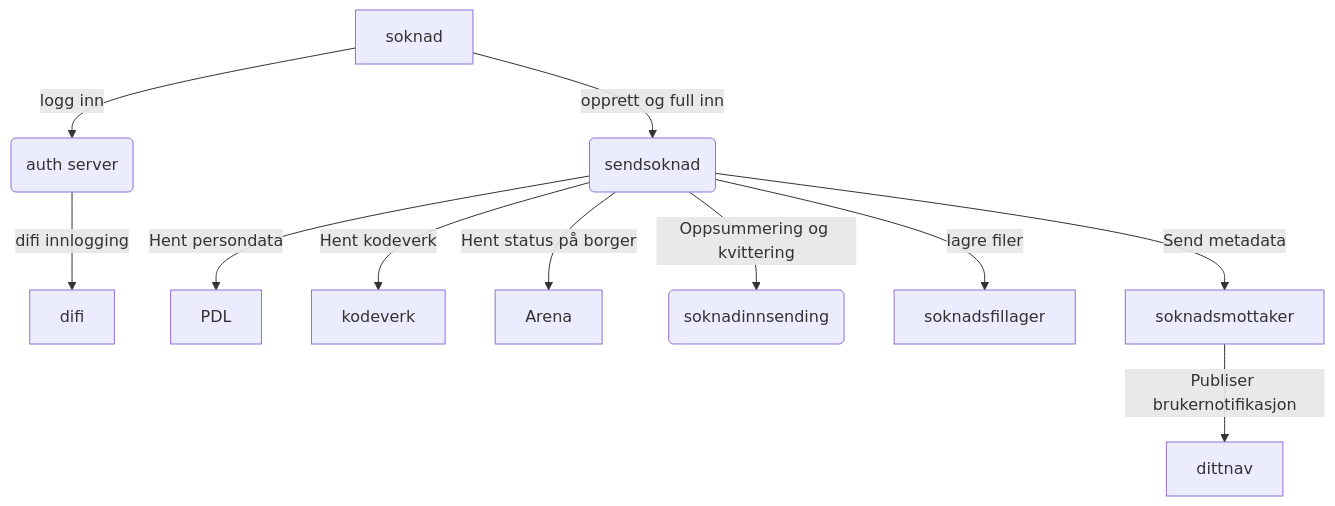
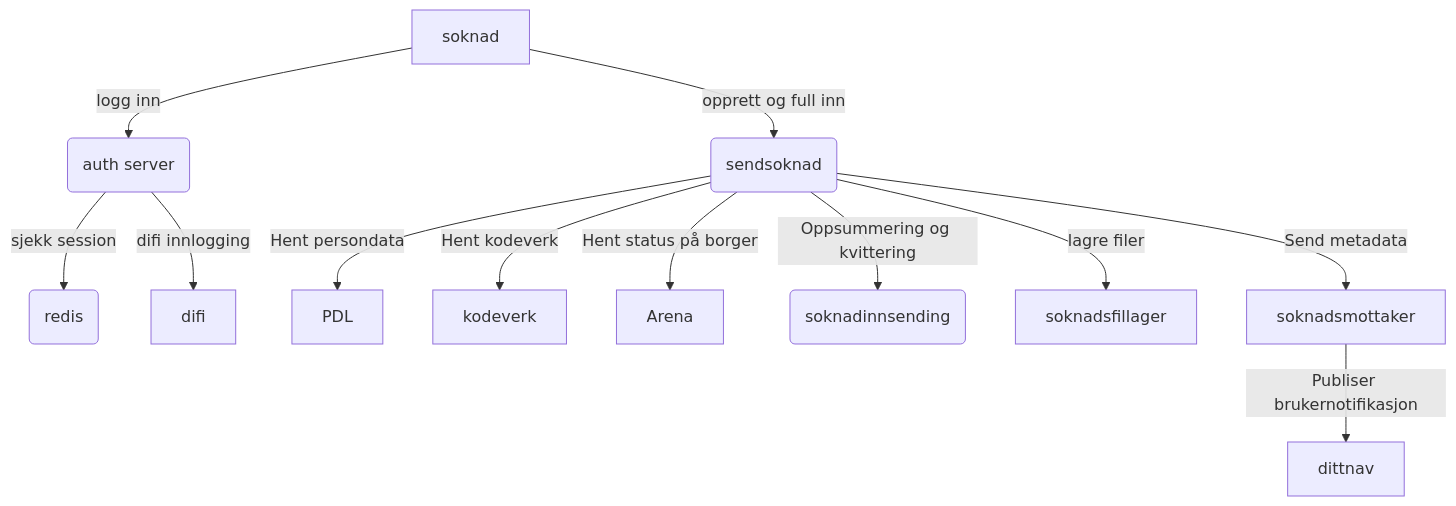
One commit to navikt/sendsoknad-boot changed the first of 4 diagrams in docs/Soknadsavhengigheter.md. Above: the diagram before and after it, drawn with Mermaid.

Commit message:
lagt til redis

````diff
--- a/docs/Soknadsavhengigheter.md
+++ b/docs/Soknadsavhengigheter.md
@@ -6,13 +6,14 @@
 ```mermaid
 graph TD
-       A[soknad] -->|logg inn| B(auth server)
+    A[soknad] -->|logg inn| B(auth server)
     A --> |opprett og full inn| C(sendsoknad)
+    B --> |sjekk session| N(redis) 
     B --> |difi innlogging| D[difi]
     C -->|Hent persondata| E[PDL]
     C -->|Hent kodeverk| F[kodeverk]
     C -->|Hent status på borger| G[Arena]
     C -->|Oppsummering og kvittering| H(soknadinnsending)
     C -->|lagre filer| I[soknadsfillager]
     C -->|Send metadata| J[soknadsmottaker]
     J -->|Publiser brukernotifikasjon| M[dittnav]    
 ```
````
